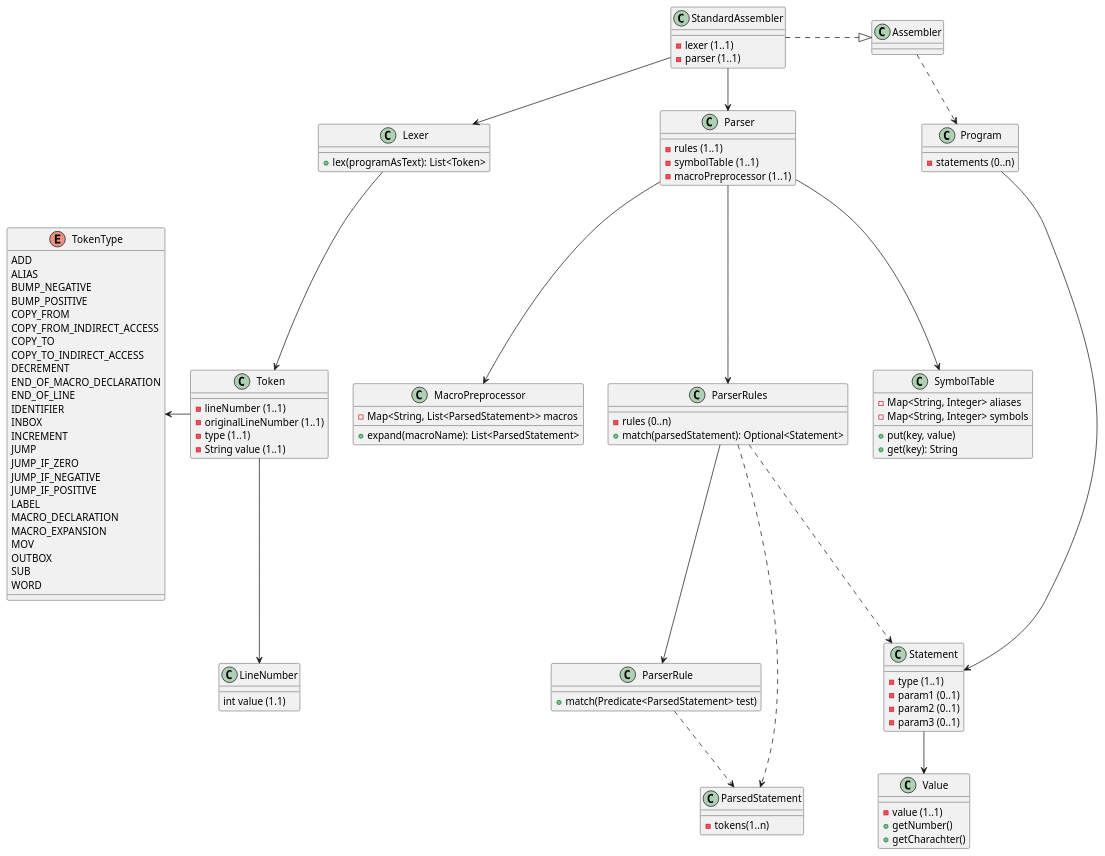
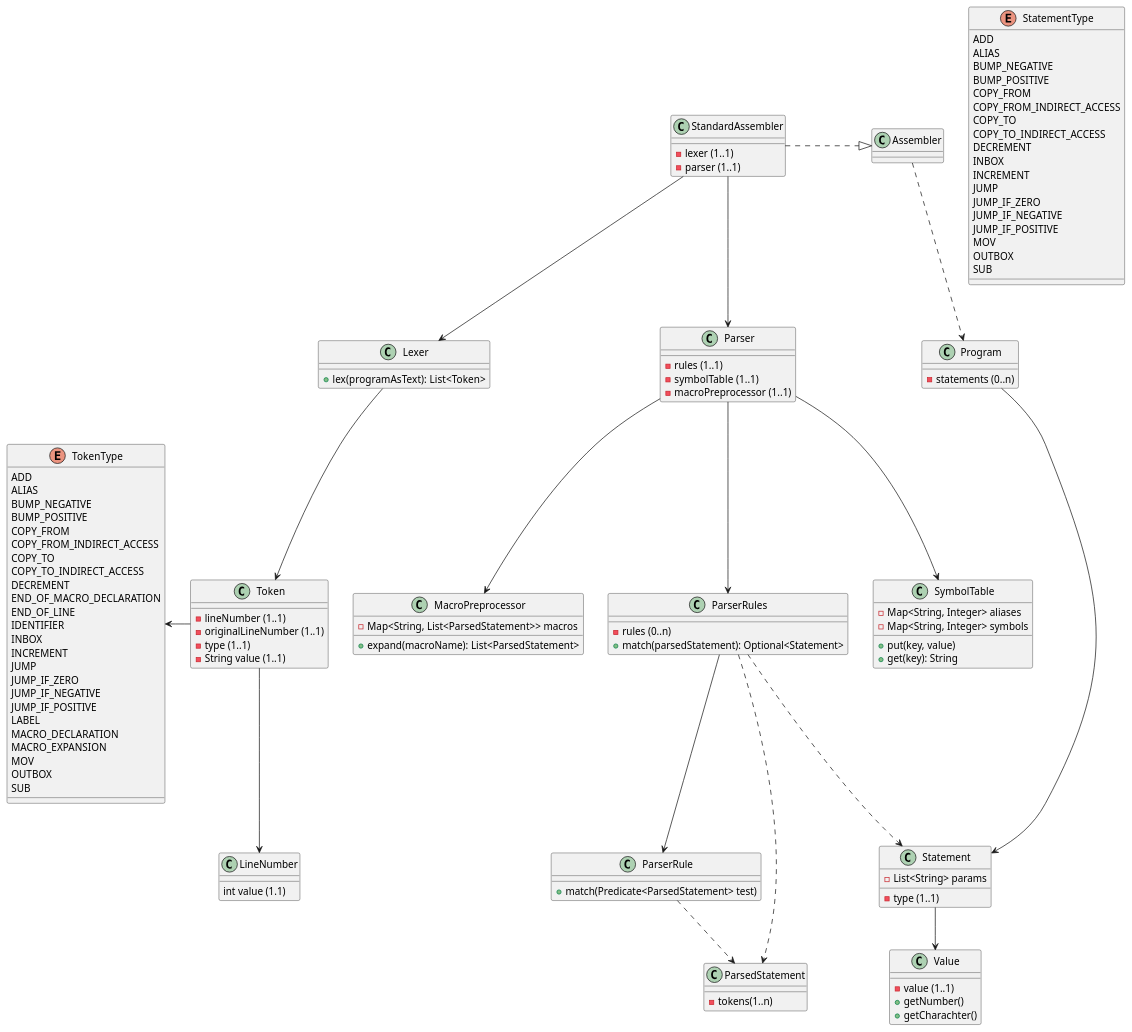
One commit to TristanoSuriani/HRM-assembly changed the diagram in docs/ClassDiagramAssembler.puml. Above: the diagram before and after it, drawn with PlantUML. The commit also changed 9 other files, not shown here.

```diff
--- a/docs/ClassDiagramAssembler.puml
+++ b/docs/ClassDiagramAssembler.puml
@@ -1,122 +1,140 @@
 @startuml
 
 class Value {
   -value (1..1)
   +getNumber()
   +getCharachter()
 }
 
 
 class Program {
   -statements (0..n)
 }
 
 class Statement {
   -type (1..1)
-  -param1 (0..1)
-  -param2 (0..1)
-  -param3 (0..1)
+  -List<String> params
+}
+
+enum StatementType {
+    ADD
+    ALIAS
+    BUMP_NEGATIVE
+    BUMP_POSITIVE
+    COPY_FROM
+    COPY_FROM_INDIRECT_ACCESS
+    COPY_TO
+    COPY_TO_INDIRECT_ACCESS
+    DECREMENT
+    INBOX
+    INCREMENT
+    JUMP
+    JUMP_IF_ZERO
+    JUMP_IF_NEGATIVE
+    JUMP_IF_POSITIVE
+    MOV
+    OUTBOX
+    SUB
 }
 
 
 class StandardAssembler {
   -lexer (1..1)
   -parser (1..1)
 }
 
 class Lexer {
   +lex(programAsText): List<Token>
 }
 
 class Token {
   -lineNumber (1..1)
   -originalLineNumber (1..1)
   -type (1..1)
   -String value (1..1)
 }
 
 class LineNumber {
   int value (1.1)
 }
 
 enum TokenType {
   ADD
   ALIAS
   BUMP_NEGATIVE
   BUMP_POSITIVE
   COPY_FROM
   COPY_FROM_INDIRECT_ACCESS
   COPY_TO
   COPY_TO_INDIRECT_ACCESS
   DECREMENT
   END_OF_MACRO_DECLARATION
   END_OF_LINE
   IDENTIFIER
   INBOX
   INCREMENT
   JUMP
   JUMP_IF_ZERO
   JUMP_IF_NEGATIVE
   JUMP_IF_POSITIVE
   LABEL
   MACRO_DECLARATION
   MACRO_EXPANSION
   MOV
   OUTBOX
   SUB
-  WORD
 }
 
 class Parser {
   -rules (1..1)
   -symbolTable (1..1)
   -macroPreprocessor (1..1)
 }
 
 class ParserRules {
   -rules (0..n)
   +match(parsedStatement): Optional<Statement>
 }
 
 class ParserRule {
   +match(Predicate<ParsedStatement> test)
 }
 
 class ParsedStatement {
   -tokens(1..n)
 }
 
 class SymbolTable {
   -Map<String, Integer> aliases
   -Map<String, Integer> symbols
 
   +put(key, value)
   +get(key): String
 }
 
 class MacroPreprocessor {
   -Map<String, List<ParsedStatement>> macros
 
   +expand(macroName): List<ParsedStatement>
 }
 
 Assembler .down.> Program
 StandardAssembler .down|> Assembler
 Program -down-> Statement
 Statement -down-> Value
 StandardAssembler -down-> Lexer
 StandardAssembler -down-> Parser
 
 Lexer -down-> Token
 Token -left-> TokenType
 Token -down-> LineNumber
 
 Parser -down-> ParserRules
 Parser -down-> SymbolTable
 Parser -down-> MacroPreprocessor
 ParserRules -down-> ParserRule
 ParserRules .down.> ParsedStatement
 ParserRules .down.> Statement
 ParserRule .down.> ParsedStatement
 
 @enduml
```
